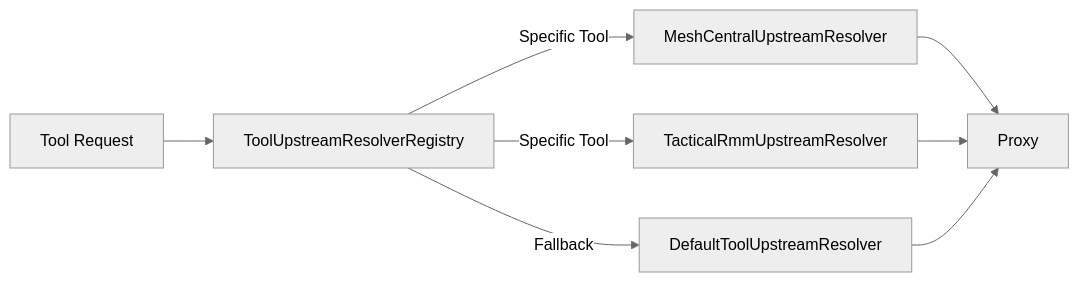
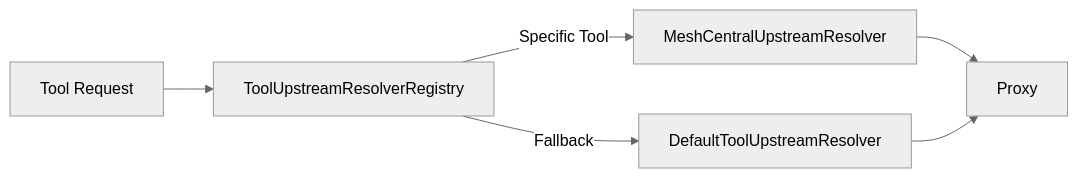
One commit to flamingo-stack/openframe-oss-lib changed the fourth of 5 diagrams in docs/reference/architecture/gateway-service-core-security-and-routing/gateway-service-core-security-and-routing.md. Above: the diagram before and after it, drawn with Mermaid (neutral theme). The commit also changed other lines of this file and 51 other files, not shown here.

````diff
--- a/docs/reference/architecture/gateway-service-core-security-and-routing/gateway-service-core-security-and-routing.md
+++ b/docs/reference/architecture/gateway-service-core-security-and-routing/gateway-service-core-security-and-routing.md
@@ -250,10 +250,8 @@
 ```mermaid
 flowchart LR
     Request["Tool Request"] --> Registry["ToolUpstreamResolverRegistry"]
     Registry -->|Specific Tool| Mesh["MeshCentralUpstreamResolver"]
-    Registry -->|Specific Tool| Tactical["TacticalRmmUpstreamResolver"]
     Registry -->|Fallback| Default["DefaultToolUpstreamResolver"]
     Mesh --> Proxy
-    Tactical --> Proxy
     Default --> Proxy
 ```
````
